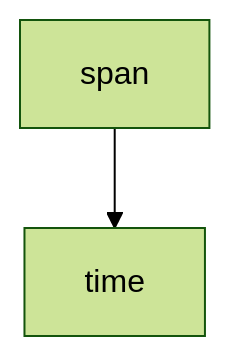
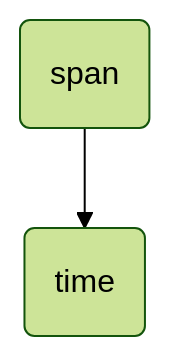
Before and after one commit to PawelKulawiak/textmininginclusion: the first of 3 diagrams in text_mining.qmd, drawn with Mermaid. The commit also changed other lines of this file and 1 other file, not shown here.

````diff
--- a/text_mining.qmd
+++ b/text_mining.qmd
@@ -341,7 +386,7 @@
 ```{mermaid}
 %%| label: fig-schachtelung_1
 %%| fig-cap: Hierarchische Schachtelung der HTML-Elemente `span` und `time`
 %%{init: {'theme':'forest'}}%%
 flowchart TB
-  span --> time
+  id1(span) --> id2(time)
 ```
````
